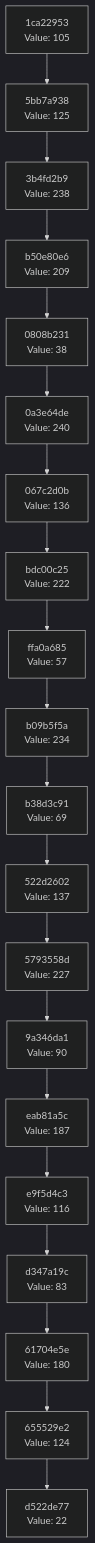
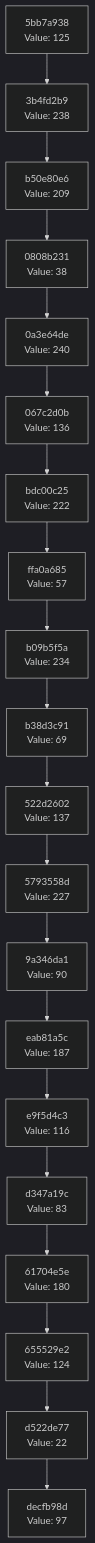
One commit to Abhisheksinha1506/hash-chain-evolver changed the diagram in docs/CHAIN_VISUALIZATION.md. Above: the diagram before and after it, drawn with Mermaid (dark theme). The commit also changed 2 other files, not shown here.

Commit message:
Evolution step: hash 0x61 → action executed

````diff
--- a/docs/CHAIN_VISUALIZATION.md
+++ b/docs/CHAIN_VISUALIZATION.md
@@ -3,42 +3,42 @@
 ```mermaid
 graph TD
-    C0["d522de77<br/>Value: 22"]
-    C1["655529e2<br/>Value: 124"]
+    C0["decfb98d<br/>Value: 97"]
+    C1["d522de77<br/>Value: 22"]
     C1 --> C0
-    C2["61704e5e<br/>Value: 180"]
+    C2["655529e2<br/>Value: 124"]
     C2 --> C1
-    C3["d347a19c<br/>Value: 83"]
+    C3["61704e5e<br/>Value: 180"]
     C3 --> C2
-    C4["e9f5d4c3<br/>Value: 116"]
+    C4["d347a19c<br/>Value: 83"]
     C4 --> C3
-    C5["eab81a5c<br/>Value: 187"]
+    C5["e9f5d4c3<br/>Value: 116"]
     C5 --> C4
-    C6["9a346da1<br/>Value: 90"]
+    C6["eab81a5c<br/>Value: 187"]
     C6 --> C5
-    C7["5793558d<br/>Value: 227"]
+    C7["9a346da1<br/>Value: 90"]
     C7 --> C6
-    C8["522d2602<br/>Value: 137"]
+    C8["5793558d<br/>Value: 227"]
     C8 --> C7
-    C9["b38d3c91<br/>Value: 69"]
+    C9["522d2602<br/>Value: 137"]
     C9 --> C8
-    C10["b09b5f5a<br/>Value: 234"]
+    C10["b38d3c91<br/>Value: 69"]
     C10 --> C9
-    C11["ffa0a685<br/>Value: 57"]
+    C11["b09b5f5a<br/>Value: 234"]
     C11 --> C10
-    C12["bdc00c25<br/>Value: 222"]
+    C12["ffa0a685<br/>Value: 57"]
     C12 --> C11
-    C13["067c2d0b<br/>Value: 136"]
+    C13["bdc00c25<br/>Value: 222"]
     C13 --> C12
-    C14["0a3e64de<br/>Value: 240"]
+    C14["067c2d0b<br/>Value: 136"]
     C14 --> C13
-    C15["0808b231<br/>Value: 38"]
+    C15["0a3e64de<br/>Value: 240"]
     C15 --> C14
-    C16["b50e80e6<br/>Value: 209"]
+    C16["0808b231<br/>Value: 38"]
     C16 --> C15
-    C17["3b4fd2b9<br/>Value: 238"]
+    C17["b50e80e6<br/>Value: 209"]
     C17 --> C16
-    C18["5bb7a938<br/>Value: 125"]
+    C18["3b4fd2b9<br/>Value: 238"]
     C18 --> C17
-    C19["1ca22953<br/>Value: 105"]
+    C19["5bb7a938<br/>Value: 125"]
     C19 --> C18
 ```
````
